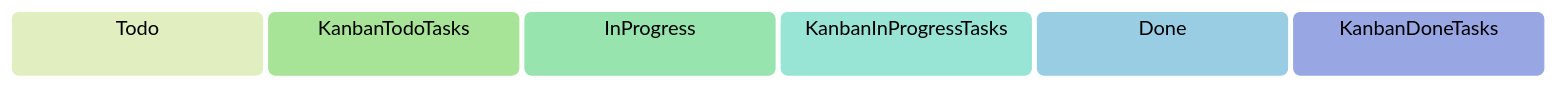
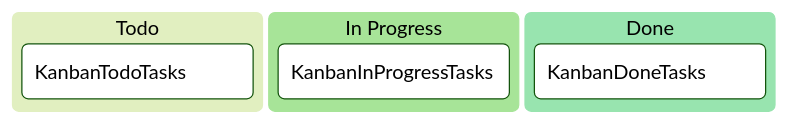
One commit to Interstellar-code/taskheromd changed the first of 2 diagrams in project templates/plan-template.md. Above: the diagram before and after it, drawn with Mermaid (forest theme). The commit also changed 8 other files, not shown here.

````diff
--- a/project templates/plan-template.md
+++ b/project templates/plan-template.md
@@ -13,9 +13,14 @@
 ```mermaid
+---
+config:
+  kanban:
+    ticketBaseUrl: 'https://project.atlassian.net/browse/#TICKET#'
+---
 kanban
-    Todo
+  Todo
     {{KanbanTodoTasks}}
-    InProgress
+  [In Progress]
     {{KanbanInProgressTasks}}
-    Done
+  [Done]
     {{KanbanDoneTasks}}
 ```
````
